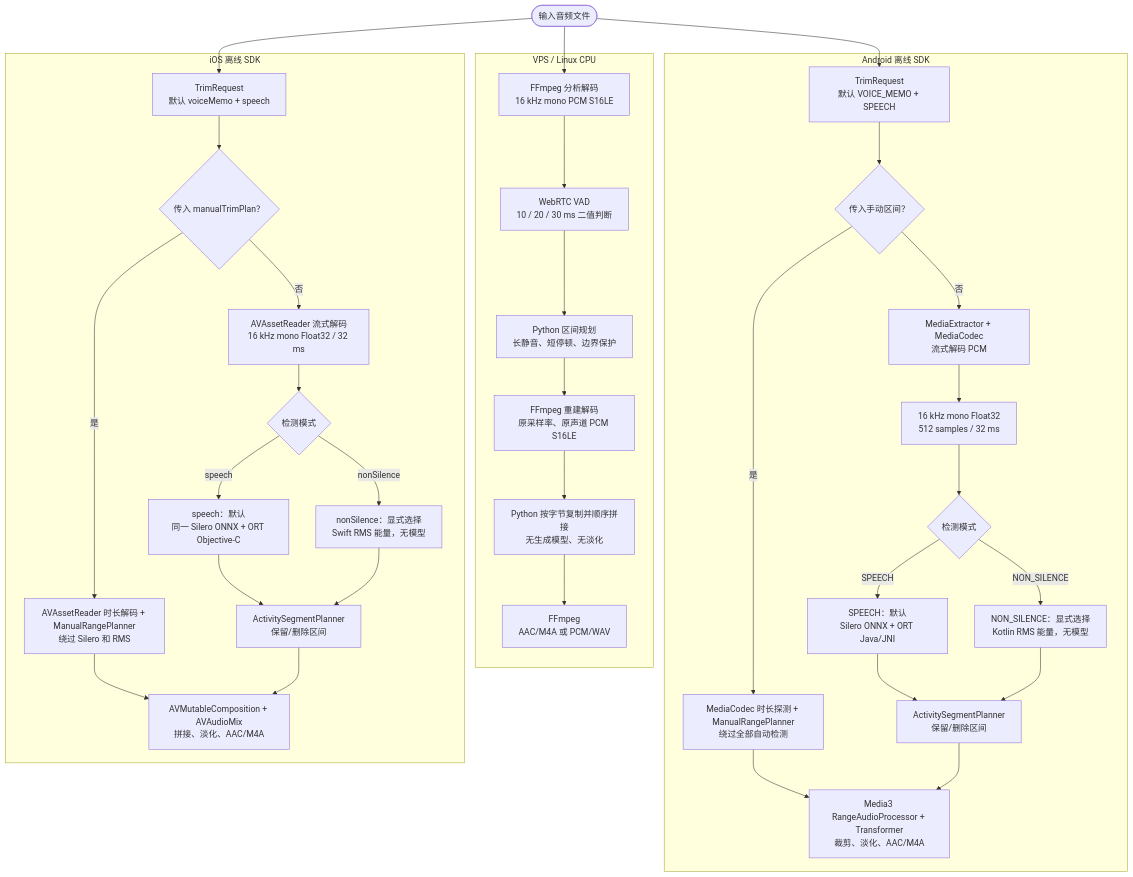
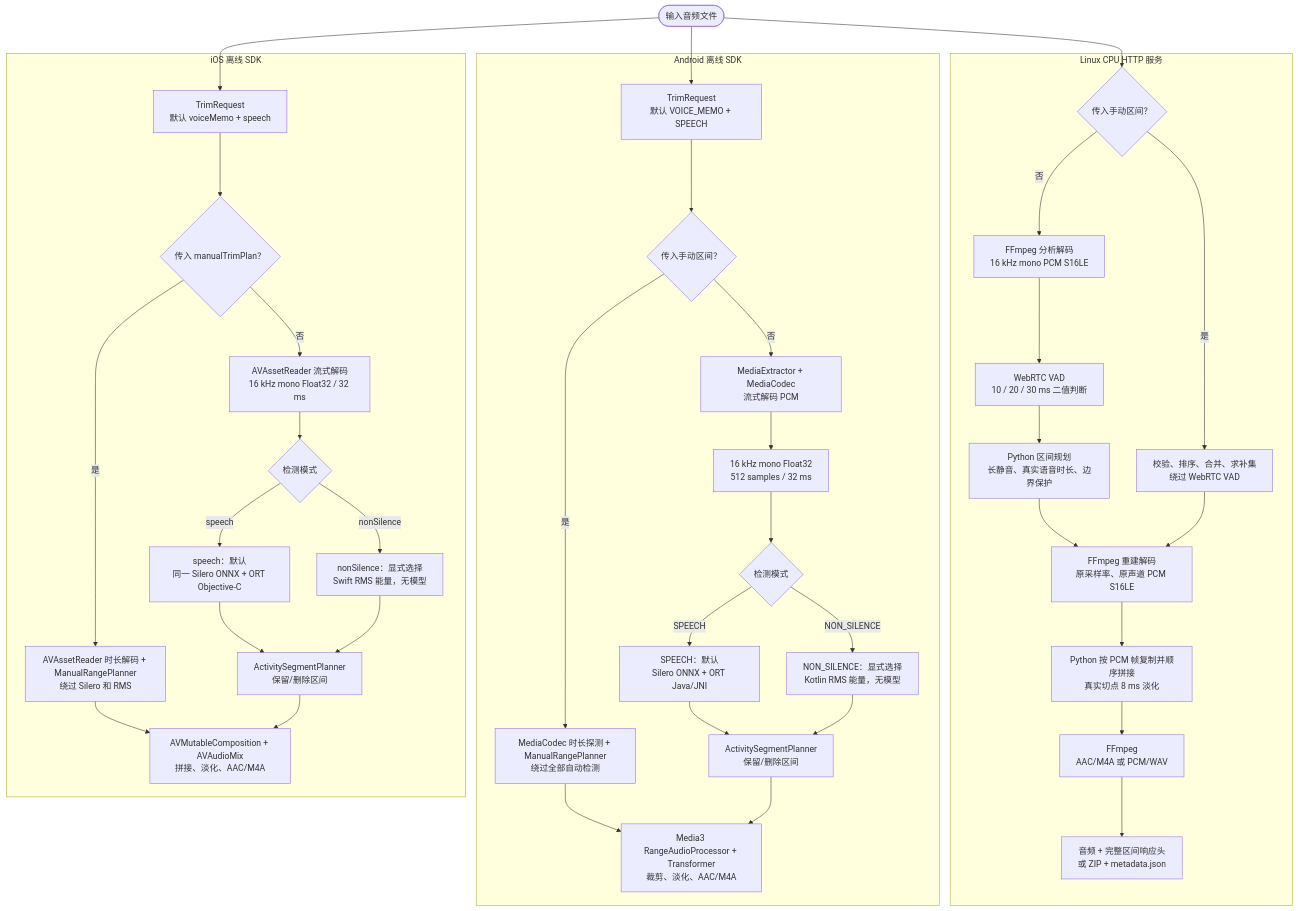
One commit to tianrking/vad_solution changed the diagram in README.md. Above: the diagram before and after it, drawn with Mermaid. The commit also changed other lines of this file and 25 other files, not shown here.

````diff
--- a/README.md
+++ b/README.md
@@ -49,55 +50,60 @@
 ```mermaid
 flowchart TB
     INPUT(["输入音频文件"])
 
-    subgraph VPS["VPS / Linux CPU"]
+    subgraph LINUX["Linux CPU HTTP 服务"]
+        V0{"传入手动区间？"}
+        VM["校验、排序、合并、求补集<br/>绕过 WebRTC VAD"]
         V1["FFmpeg 分析解码<br/>16 kHz mono PCM S16LE"]
         V2["WebRTC VAD<br/>10 / 20 / 30 ms 二值判断"]
-        V3["Python 区间规划<br/>长静音、短停顿、边界保护"]
+        V3["Python 区间规划<br/>长静音、真实语音时长、边界保护"]
         V4["FFmpeg 重建解码<br/>原采样率、原声道 PCM S16LE"]
-        V5["Python 按字节复制并顺序拼接<br/>无生成模型、无淡化"]
+        V5["Python 按 PCM 帧复制并顺序拼接<br/>真实切点 8 ms 淡化"]
         V6["FFmpeg<br/>AAC/M4A 或 PCM/WAV"]
-        V1 --> V2 --> V3 --> V4 --> V5 --> V6
+        V7["音频 + 完整区间响应头<br/>或 ZIP + metadata.json"]
+        V0 -- "否" --> V1 --> V2 --> V3 --> V4
+        V0 -- "是" --> VM --> V4
+        V4 --> V5 --> V6 --> V7
     end
 
     subgraph ANDROID["Android 离线 SDK"]
         A0["TrimRequest<br/>默认 VOICE_MEMO + SPEECH"]
         A1{"传入手动区间？"}
         AM["MediaCodec 时长探测 + ManualRangePlanner<br/>绕过全部自动检测"]
         A2["MediaExtractor + MediaCodec<br/>流式解码 PCM"]
         A3["16 kHz mono Float32<br/>512 samples / 32 ms"]
         A4{"检测模式"}
         AS["SPEECH：默认<br/>Silero ONNX + ORT Java/JNI"]
         AE["NON_SILENCE：显式选择<br/>Kotlin RMS 能量，无模型"]
         AP["ActivitySegmentPlanner<br/>保留/删除区间"]
         AX["Media3 RangeAudioProcessor + Transformer<br/>裁剪、淡化、AAC/M4A"]
         A0 --> A1
         A1 -- "是" --> AM --> AX
         A1 -- "否" --> A2 --> A3 --> A4
         A4 -- "SPEECH" --> AS --> AP
         A4 -- "NON_SILENCE" --> AE --> AP
         AP --> AX
     end
 
     subgraph IOS["iOS 离线 SDK"]
         I0["TrimRequest<br/>默认 voiceMemo + speech"]
         I1{"传入 manualTrimPlan？"}
         IM["AVAssetReader 时长解码 + ManualRangePlanner<br/>绕过 Silero 和 RMS"]
         ID["AVAssetReader 流式解码<br/>16 kHz mono Float32 / 32 ms"]
         I2{"检测模式"}
         IS["speech：默认<br/>同一 Silero ONNX + ORT Objective-C"]
         IE["nonSilence：显式选择<br/>Swift RMS 能量，无模型"]
         IP["ActivitySegmentPlanner<br/>保留/删除区间"]
         IX["AVMutableComposition + AVAudioMix<br/>拼接、淡化、AAC/M4A"]
         I0 --> I1
         I1 -- "是" --> IM --> IX
         I1 -- "否" --> ID --> I2
         I2 -- "speech" --> IS --> IP
         I2 -- "nonSilence" --> IE --> IP
         IP --> IX
     end
 
-    INPUT --> V1
+    INPUT --> V0
     INPUT --> A0
     INPUT --> I0
 ```
````
